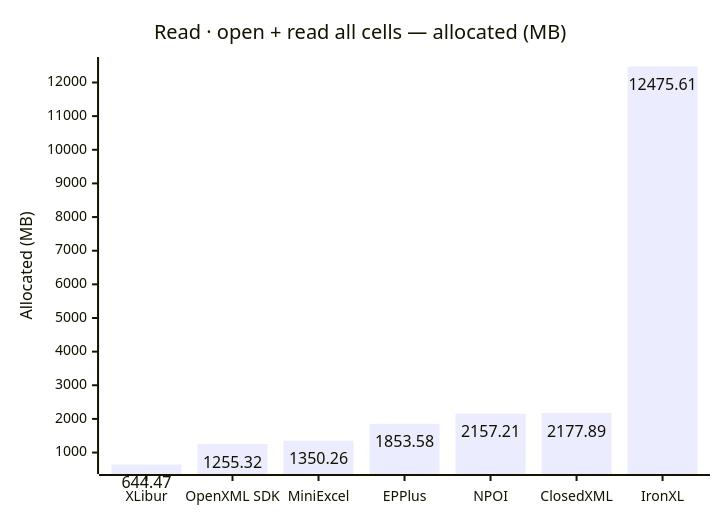
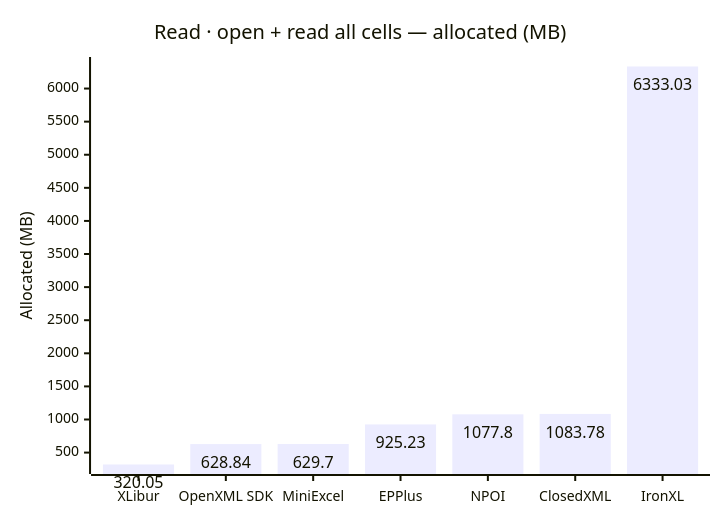
One commit to jafin/XLBench changed the fourth of 10 diagrams in docs/results.md. Above: the diagram before and after it, drawn with Mermaid. The commit also changed other lines of this file and 5 other files, not shown here.

````diff
--- a/docs/results.md
+++ b/docs/results.md
@@ -74,12 +74,12 @@
 ```mermaid
 ---
 config:
   xyChart:
     showDataLabel: true
 ---
 xychart-beta
     title "Read · open + read all cells — allocated (MB)"
     x-axis ["XLibur", "OpenXML SDK", "MiniExcel", "EPPlus", "NPOI", "ClosedXML", "IronXL"]
     y-axis "Allocated (MB)"
-    bar [644.47, 1255.32, 1350.26, 1853.58, 2157.21, 2177.89, 12475.61]
+    bar [320.05, 628.84, 629.7, 925.23, 1077.8, 1083.78, 6333.03]
 ```
````
